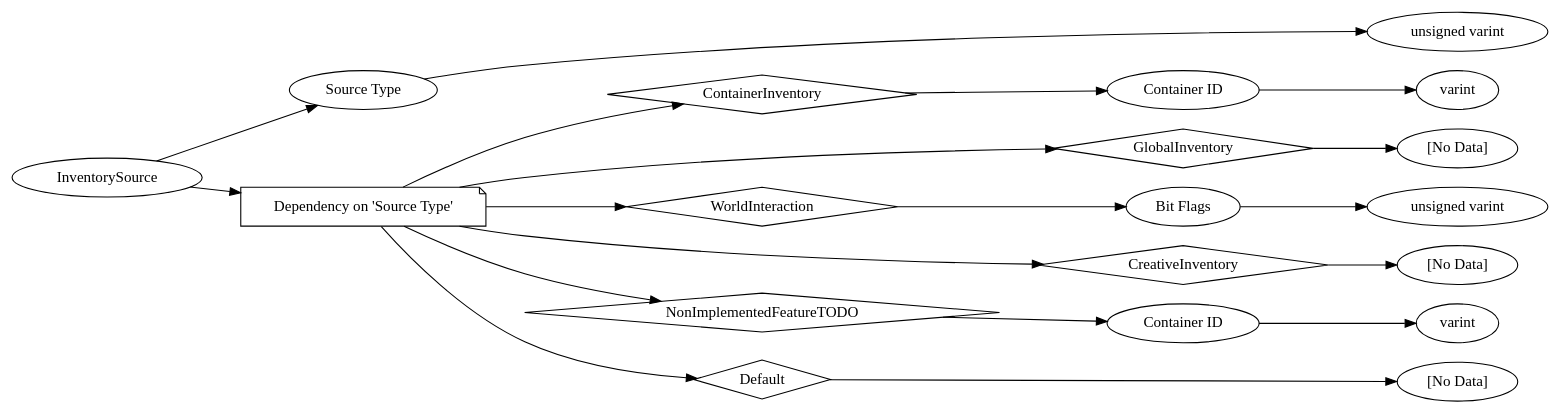
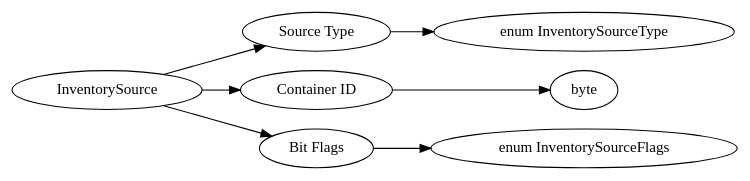
The diagram in dot/InventorySource.dot (Mojang/bedrock-protocol-docs), drawn with Graphviz before and after one commit. The commit also changed 433 other files, not shown here.

```diff
--- a/dot/InventorySource.dot
+++ b/dot/InventorySource.dot
@@ -1,44 +1,20 @@
 digraph "InventorySource" {
 rankdir = LR
-30
-30 -> 31
-31 -> 32
-30 -> 33
-33 -> 34
-34 -> 35
-35 -> 36
-33 -> 37
-37 -> 38
-33 -> 39
-39 -> 40
-40 -> 41
-33 -> 42
-42 -> 43
-33 -> 44
-44 -> 45
-45 -> 46
-33 -> 47
-47 -> 48
+0
+0 -> 1
+1 -> 2
+0 -> 3
+3 -> 4
+0 -> 5
+5 -> 6
 
-30 [label="InventorySource",comment="name: \"InventorySource\", typeName: \"\", id: 30, branchId: 0, recurseId: -1, attributes: 0, notes: \"\""];
-31 [label="Source Type",comment="name: \"Source Type\", typeName: \"\", id: 31, branchId: 0, recurseId: -1, attributes: 0, notes: \"\""];
-32 [label="unsigned varint",comment="name: \"unsigned varint\", typeName: \"\", id: 32, branchId: 0, recurseId: -1, attributes: 512, notes: \"\""];
-33 [label="Dependency on 'Source Type'",shape=note,comment="name: \"Dependency on 'Source Type'\", typeName: \"\", id: 33, branchId: 0, recurseId: -1, attributes: 2, notes: \"\""];
-34 [label="ContainerInventory",shape=diamond,comment="name: \"ContainerInventory\", typeName: \"\", id: 34, branchId: 0, recurseId: -1, attributes: 4, notes: \"\""];
-35 [label="Container ID",comment="name: \"Container ID\", typeName: \"\", id: 35, branchId: 0, recurseId: -1, attributes: 0, notes: \"\""];
-36 [label="varint",comment="name: \"varint\", typeName: \"\", id: 36, branchId: 0, recurseId: -1, attributes: 512, notes: \"\""];
-37 [label="GlobalInventory",shape=diamond,comment="name: \"GlobalInventory\", typeName: \"\", id: 37, branchId: 1, recurseId: -1, attributes: 4, notes: \"\""];
-38 [label="[No Data]",comment="name: \"[No Data]\", typeName: \"\", id: 38, branchId: 0, recurseId: -1, attributes: 512, notes: \"\""];
-39 [label="WorldInteraction",shape=diamond,comment="name: \"WorldInteraction\", typeName: \"\", id: 39, branchId: 2, recurseId: -1, attributes: 4, notes: \"\""];
-40 [label="Bit Flags",comment="name: \"Bit Flags\", typeName: \"\", id: 40, branchId: 0, recurseId: -1, attributes: 0, notes: \"\""];
-41 [label="unsigned varint",comment="name: \"unsigned varint\", typeName: \"\", id: 41, branchId: 0, recurseId: -1, attributes: 512, notes: \"\""];
-42 [label="CreativeInventory",shape=diamond,comment="name: \"CreativeInventory\", typeName: \"\", id: 42, branchId: 3, recurseId: -1, attributes: 4, notes: \"\""];
-43 [label="[No Data]",comment="name: \"[No Data]\", typeName: \"\", id: 43, branchId: 0, recurseId: -1, attributes: 512, notes: \"\""];
-44 [label="NonImplementedFeatureTODO",shape=diamond,comment="name: \"NonImplementedFeatureTODO\", typeName: \"\", id: 44, branchId: 4, recurseId: -1, attributes: 4, notes: \"\""];
-45 [label="Container ID",comment="name: \"Container ID\", typeName: \"\", id: 45, branchId: 0, recurseId: -1, attributes: 0, notes: \"\""];
-46 [label="varint",comment="name: \"varint\", typeName: \"\", id: 46, branchId: 0, recurseId: -1, attributes: 512, notes: \"\""];
-47 [label="Default",shape=diamond,comment="name: \"Default\", typeName: \"\", id: 47, branchId: 5, recurseId: -1, attributes: 4, notes: \"\""];
-48 [label="[No Data]",comment="name: \"[No Data]\", typeName: \"\", id: 48, branchId: 0, recurseId: -1, attributes: 512, notes: \"\""];
-{ rank = max;32;36;38;41;43;46;48}
+0 [label="InventorySource",comment="name: \"InventorySource\", typeName: \"\", id: 0, branchId: 0, recurseId: -1, attributes: 0, notes: \"\""];
+1 [label="Source Type",comment="name: \"Source Type\", typeName: \"\", id: 1, branchId: 0, recurseId: -1, attributes: 0, notes: \"The inventory source type.\""];
+2 [label="enum InventorySourceType",comment="name: \"enum InventorySourceType\", typeName: \"\", id: 2, branchId: 0, recurseId: -1, attributes: 512, notes: \"The inventory source type.\""];
+3 [label="Container ID",comment="name: \"Container ID\", typeName: \"\", id: 3, branchId: 0, recurseId: -1, attributes: 0, notes: \"Container window ID. Present only for ContainerInventory and NonImplementedFeatureTODO source types.\""];
+4 [label="byte",comment="name: \"byte\", typeName: \"\", id: 4, branchId: 0, recurseId: -1, attributes: 512, notes: \"Container window ID. Present only for ContainerInventory and NonImplementedFeatureTODO source types.\""];
+5 [label="Bit Flags",comment="name: \"Bit Flags\", typeName: \"\", id: 5, branchId: 0, recurseId: -1, attributes: 0, notes: \"Source flags. Present only for WorldInteraction source type.\""];
+6 [label="enum InventorySourceFlags",comment="name: \"enum InventorySourceFlags\", typeName: \"\", id: 6, branchId: 0, recurseId: -1, attributes: 512, notes: \"Source flags. Present only for WorldInteraction source type.\""];
+{ rank = max;2;4;6}
 
 }
```
